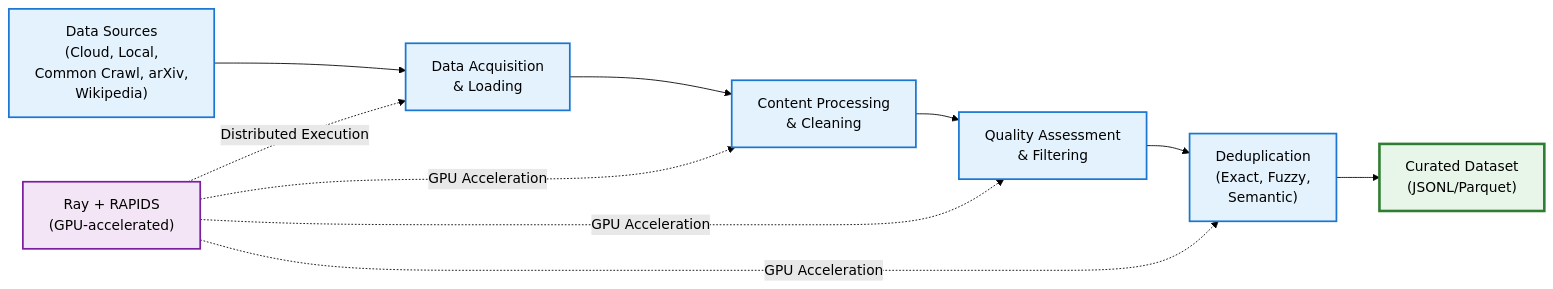
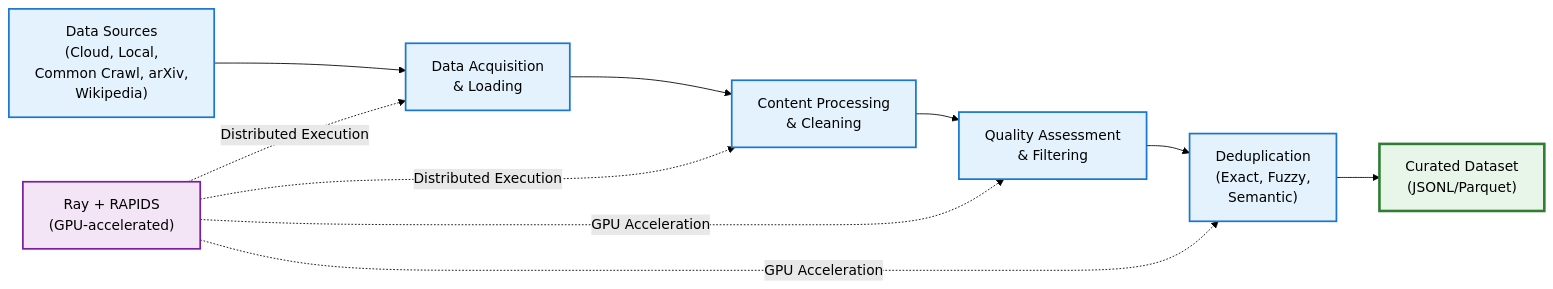
The diagram in docs/about/concepts/text/data-curation-pipeline.md (NVIDIA-NeMo/Curator), drawn with Mermaid (forest theme) before and after one commit. The commit also changed 4 other files, not shown here.

````diff
--- a/docs/about/concepts/text/data-curation-pipeline.md
+++ b/docs/about/concepts/text/data-curation-pipeline.md
@@ -20,21 +20,21 @@
 ```{mermaid}
 flowchart LR
     A["Data Sources<br/>(Cloud, Local,<br/>Common Crawl, arXiv,<br/>Wikipedia)"] --> B["Data Acquisition<br/>& Loading"]
     B --> C["Content Processing<br/>& Cleaning"]
     C --> D["Quality Assessment<br/>& Filtering"]
     D --> E["Deduplication<br/>(Exact, Fuzzy,<br/>Semantic)"]
     E --> F["Curated Dataset<br/>(JSONL/Parquet)"]
     
     G["Ray + RAPIDS<br/>(GPU-accelerated)"] -.->|"Distributed Execution"| B
-    G -.->|"GPU Acceleration"| C
+    G -.->|"Distributed Execution"| C
     G -.->|"GPU Acceleration"| D
     G -.->|"GPU Acceleration"| E
 
     classDef stage fill:#e3f2fd,stroke:#1976d2,stroke-width:2px,color:#000
     classDef infra fill:#f3e5f5,stroke:#7b1fa2,stroke-width:2px,color:#000
     classDef output fill:#e8f5e9,stroke:#2e7d32,stroke-width:3px,color:#000
 
     class A,B,C,D,E stage
     class F output
     class G infra
 ```
````
